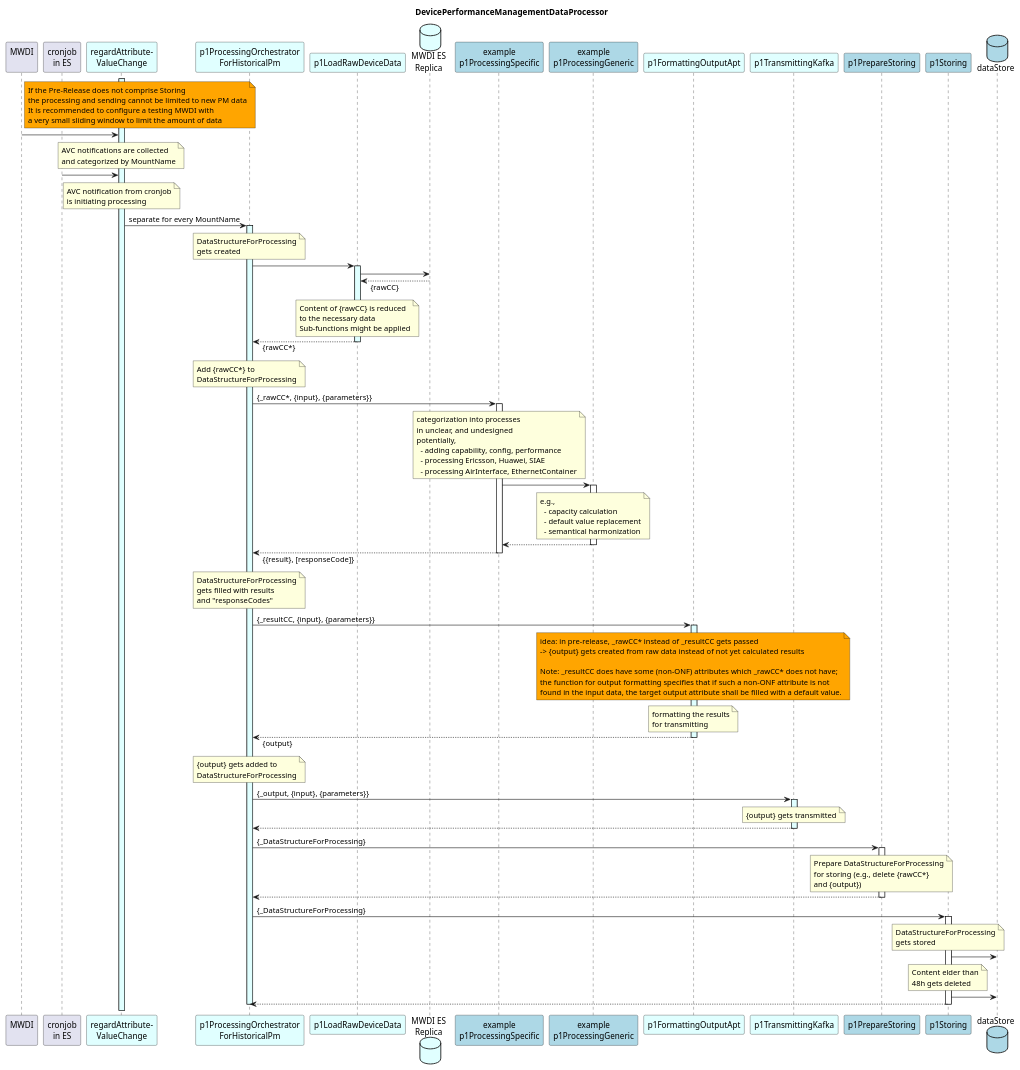
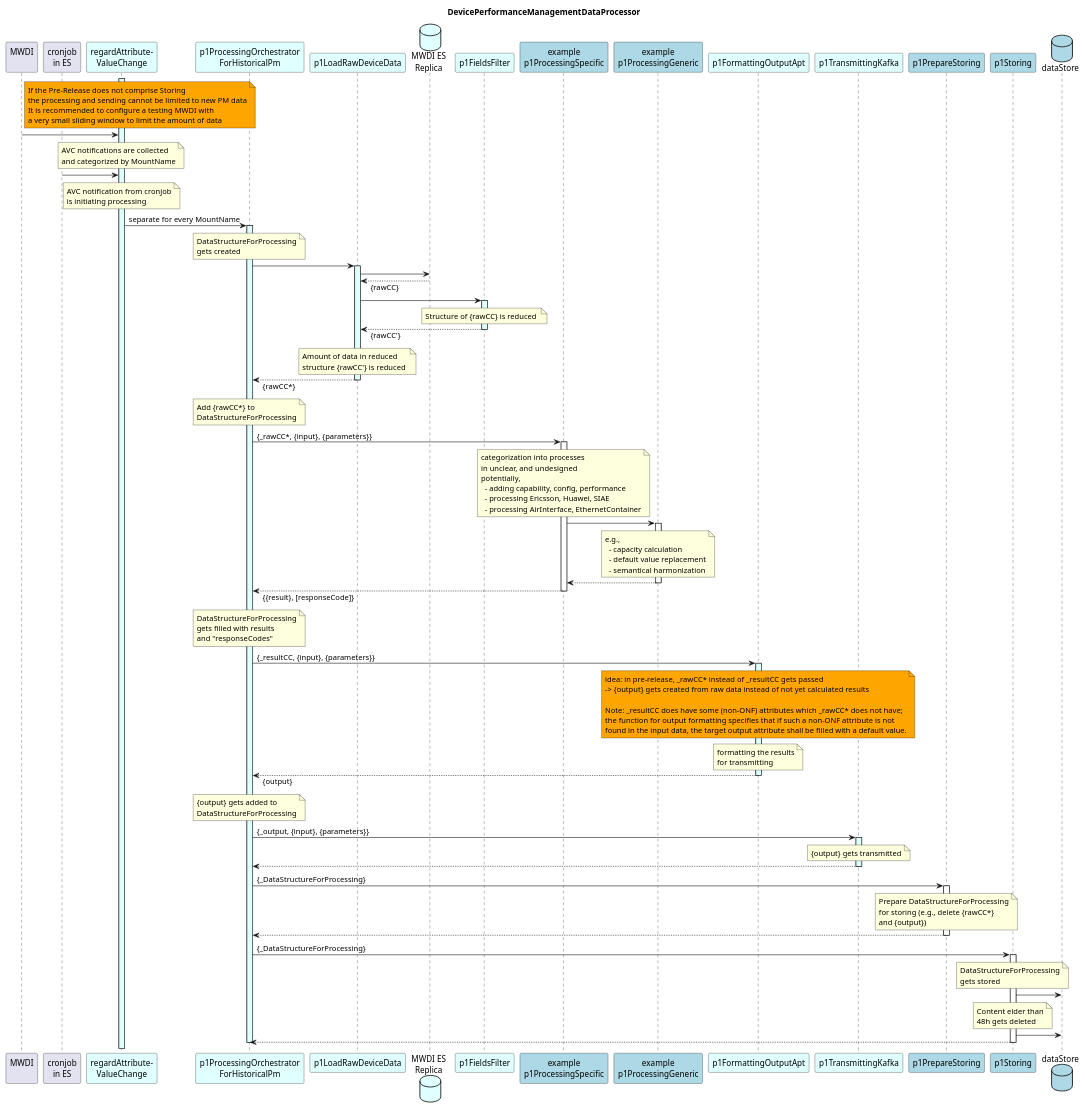
The diagram in spec/diagrams/highlevelOverview/00_hl_overview.plantuml (openBackhaul/DevicePerformanceManagementDataProcessor), drawn with PlantUML before and after one commit. The commit also changed 1 other file, not shown here.

Commit message:
Add p1FieldsFilter to overview and readme

```diff
--- a/spec/diagrams/highlevelOverview/00_hl_overview.plantuml
+++ b/spec/diagrams/highlevelOverview/00_hl_overview.plantuml
@@ -1,179 +1,190 @@
 @startuml 00_hl_overview
 skinparam responseMessageBelowArrow true
 
 title
   DevicePerformanceManagementDataProcessor
 end title
 
 participant "MWDI\n" as mwdi
 participant "cronjob\nin ES" as cjes
 participant "regardAttribute-\nValueChange" as rAVC #LightCyan
 
 participant "p1ProcessingOrchestrator\nForHistoricalPm" as p1ProOrch #LightCyan
 
 participant "p1LoadRawDeviceData" as p1AddRaw #LightCyan
 database  "MWDI ES\nReplica" as MwdiEs #LightCyan
+participant "p1FieldsFilter" as p1FF #LightCyan
 
 participant "example\np1ProcessingSpecific" as p1Specific #LightBlue
 participant "example\np1ProcessingGeneric" as p1Generic #LightBlue
 
 participant "p1FormattingOutputApt" as p1Output #LightCyan
 participant "p1TransmittingKafka" as p1Trans #LightCyan
 
 participant "p1PrepareStoring" as p1PrepStore #LightBlue
 
 participant "p1Storing" as p1Store #LightBlue
 database "dataStore" as db #LightBlue
 
 note right mwdi #Orange
   If the Pre-Release does not comprise Storing
   the processing and sending cannot be limited to new PM data
   It is recommended to configure a testing MWDI with
   a very small sliding window to limit the amount of data  
 end note
 
 activate rAVC #LightCyan
 
 mwdi -> rAVC
 note over rAVC
   AVC notifications are collected
   and categorized by MountName
 end note
 
 cjes -> rAVC
 note over rAVC
   AVC notification from cronjob
   is initiating processing
 end note
 
 rAVC -> p1ProOrch : separate for every MountName
 activate p1ProOrch #LightCyan
 
   note over p1ProOrch
     DataStructureForProcessing
     gets created
   end note
 
   p1ProOrch -> p1AddRaw
   activate p1AddRaw #LightCyan
 
     p1AddRaw -> MwdiEs
     p1AddRaw <-- MwdiEs : {rawCC}
+
+    p1AddRaw -> p1FF
+    activate p1FF #LightCyan
+
+      note over p1FF
+        Structure of {rawCC} is reduced 
+      end note
+
+    p1AddRaw <-- p1FF : {rawCC'}
+    deactivate p1FF
+
     note over p1AddRaw
-      Content of {rawCC} is reduced 
-      to the necessary data
-      Sub-functions might be applied
+      Amount of data in reduced 
+      structure {rawCC'} is reduced 
     end note
 
   p1ProOrch <-- p1AddRaw : {rawCC*}
   deactivate p1AddRaw
 
   note over p1ProOrch
     Add {rawCC*} to
     DataStructureForProcessing
   end note
 
   p1ProOrch -> p1Specific : {_rawCC*, {input}, {parameters}}
   activate p1Specific
 
     note over p1Specific
       categorization into processes 
       in unclear, and undesigned
       potentially, 
         - adding capability, config, performance
         - processing Ericsson, Huawei, SIAE
         - processing AirInterface, EthernetContainer
     end note
 
     p1Specific -> p1Generic
     activate p1Generic
   
       note over p1Generic
         e.g., 
           - capacity calculation
           - default value replacement
           - semantical harmonization
       end note
 
     p1Specific <-- p1Generic
     deactivate p1Generic
     
   p1ProOrch <-- p1Specific : {{result}, [responseCode]}
   deactivate p1Specific
 
   note over p1ProOrch
     DataStructureForProcessing
     gets filled with results
     and "responseCodes"
   end note
 
   p1ProOrch -> p1Output : {_resultCC, {input}, {parameters}}
   activate p1Output #LightCyan
 
     note over p1Output #Orange
       idea: in pre-release, _rawCC* instead of _resultCC gets passed
       -> {output} gets created from raw data instead of not yet calculated results
 
       Note: _resultCC does have some (non-ONF) attributes which _rawCC* does not have;
       the function for output formatting specifies that if such a non-ONF attribute is not
       found in the input data, the target output attribute shall be filled with a default value.
     end note
 
     note over p1Output
       formatting the results
       for transmitting
     end note
 
   p1ProOrch <-- p1Output : {output}
   deactivate p1Output
 
   note over p1ProOrch
     {output} gets added to
     DataStructureForProcessing
   end note
 
   p1ProOrch -> p1Trans : {_output, {input}, {parameters}}
   activate p1Trans #LightCyan
 
     note over p1Trans
       {output} gets transmitted
     end note
 
   p1ProOrch <-- p1Trans
   deactivate p1Trans
 
   p1ProOrch -> p1PrepStore : {_DataStructureForProcessing}
   activate p1PrepStore
 
     note over p1PrepStore
       Prepare DataStructureForProcessing
       for storing (e.g., delete {rawCC*}
       and {output})
     end note
 
   p1ProOrch <-- p1PrepStore
   deactivate p1PrepStore
 
   p1ProOrch -> p1Store : {_DataStructureForProcessing}
   activate p1Store
 
     note over p1Store
       DataStructureForProcessing
       gets stored
     end note
 
     p1Store -> db
 
     note over p1Store
       Content elder than
       48h gets deleted
     end note
 
     p1Store -> db
 
   p1ProOrch <-- p1Store
   deactivate p1Store
 
 deactivate p1ProOrch
 
 @enduml
```
